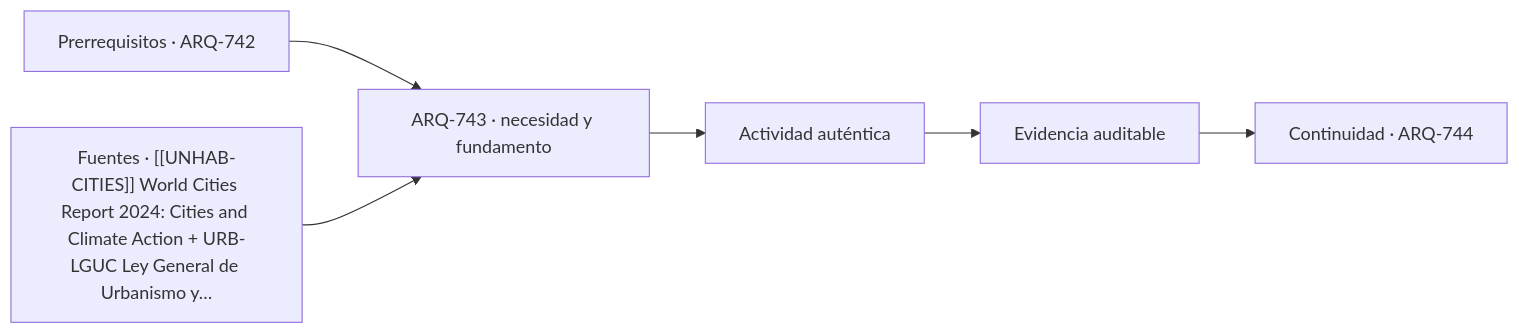
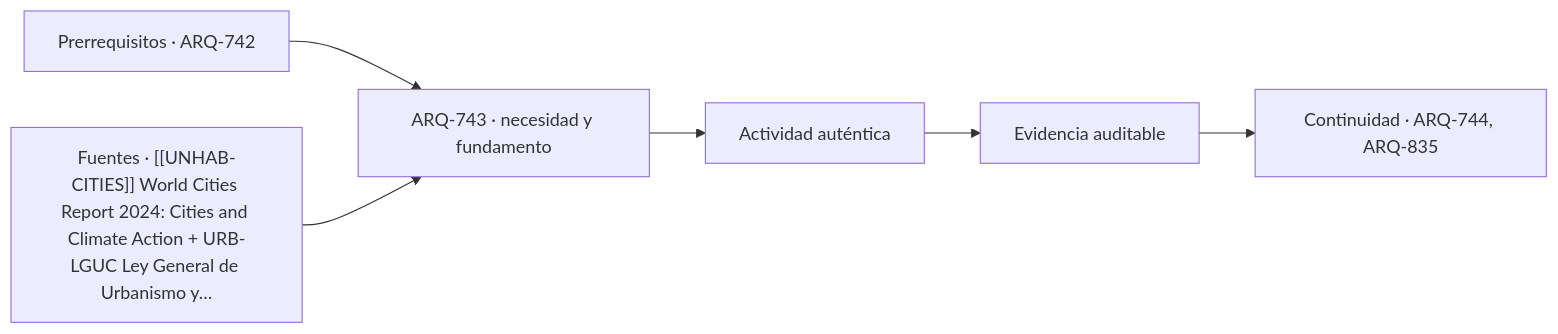
The second of 2 diagrams in classes/parte-75/ARQ-743.md (vladimiracunadev-create/architecture-built-environment-learning-program), drawn with Mermaid before and after one commit. The commit also changed other lines of this file and 182 other files, not shown here.

````diff
--- a/classes/parte-75/ARQ-743.md
+++ b/classes/parte-75/ARQ-743.md
@@ -161,8 +161,8 @@
 ```mermaid
 flowchart LR
     A["Prerrequisitos · ARQ-742"] --> B["ARQ-743 · necesidad y fundamento"]
     S["Fuentes · [[UNHAB-CITIES]] World Cities Report 2024: Cities and Climate Action + URB-LGUC Ley General de Urbanismo y…"] --> B
     B --> C["Actividad auténtica"]
     C --> D["Evidencia auditable"]
-    D --> E["Continuidad · ARQ-744"]
+    D --> E["Continuidad · ARQ-744, ARQ-835"]
 ```
````
